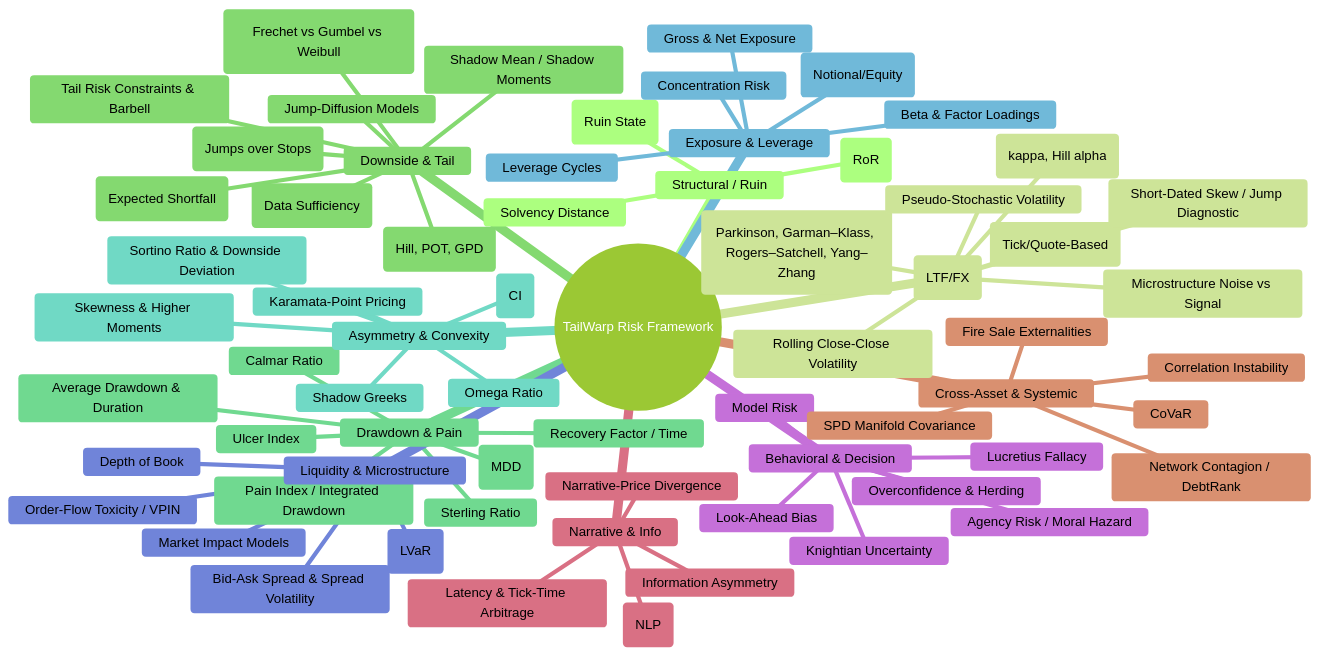
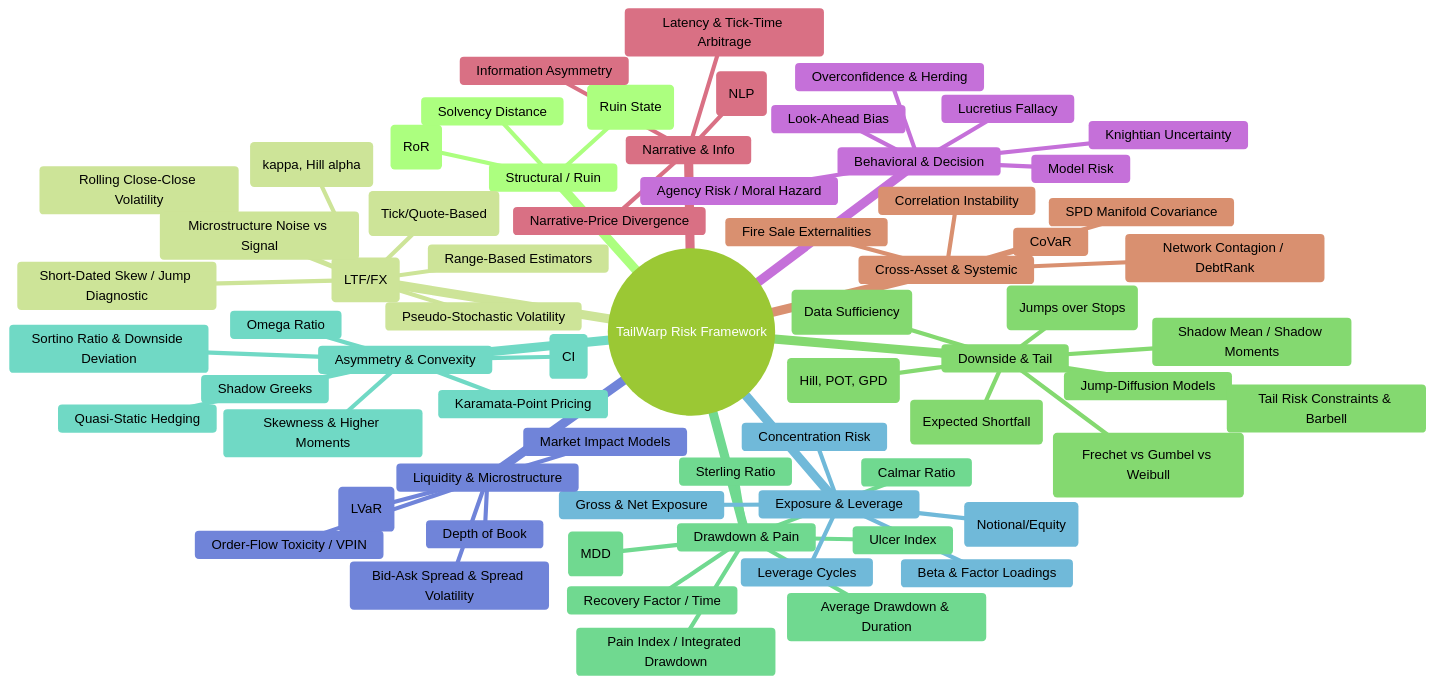
Before and after one commit to artaasd95/TailWarp: the diagram in docs/risk-metrics/risk-categories.md, drawn with Mermaid (forest theme).

Commit message:
docs: refine the mermaid of the mind map of the risks

````diff
--- a/docs/risk-metrics/risk-categories.md
+++ b/docs/risk-metrics/risk-categories.md
@@ -363,70 +363,71 @@
 ```mermaid
 mindmap
   root((TailWarp Risk Framework))
     Structural / Ruin
       Risk of Ruin (RoR)
       Absorbing Barriers (Ruin State)
       Solvency Distance
     Volatility & Noise (LTF/FX)
       Rolling Close-Close Volatility
-      Range-Based Estimators (Parkinson, Garman–Klass, Rogers–Satchell, Yang–Zhang)
+      Range-Based Estimators
       Realized Volatility (Tick/Quote-Based)
       Regime Detection (kappa, Hill alpha)
       Microstructure Noise vs Signal
       Pseudo-Stochastic Volatility
       Short-Dated Skew / Jump Diagnostic
     Downside & Tail
       VaR and CVaR (Expected Shortfall)
       MDA Diagnosis (Frechet vs Gumbel vs Weibull)
       Tail Index alpha (Hill, POT, GPD)
       kappa Metric (Data Sufficiency)
       Shadow Mean / Shadow Moments
       Gap Risk (Jumps over Stops)
       Jump-Diffusion Models
       Tail Risk Constraints & Barbell
     Drawdown & Pain
       Maximum Drawdown (MDD)
       Average Drawdown & Duration
       Ulcer Index
       Calmar Ratio
       Sterling Ratio
       Pain Index / Integrated Drawdown
       Recovery Factor / Time
     Asymmetry & Convexity
       Convexity Index (CI)
       Sortino Ratio & Downside Deviation
       Omega Ratio
       Skewness & Higher Moments
       Karamata-Point Pricing
       Shadow Greeks
+      Quasi-Static Hedging
     Exposure & Leverage
       Gross & Net Exposure
       Leverage Ratio (Notional/Equity)
       Beta & Factor Loadings
       Concentration Risk
       Leverage Cycles
     Liquidity & Microstructure
       Bid-Ask Spread & Spread Volatility
       Order-Flow Toxicity / VPIN
       Market Impact Models
       Depth of Book
       Liquidity-Adjusted VaR (LVaR)
     Behavioral & Decision
       Model Risk
       Agency Risk / Moral Hazard
       Lucretius Fallacy
       Knightian Uncertainty
       Look-Ahead Bias
       Overconfidence & Herding
     Narrative & Info
       Information Asymmetry
       Latency & Tick-Time Arbitrage
       Sentiment Analysis (NLP)
       Narrative-Price Divergence
     Cross-Asset & Systemic
       Correlation Instability
       Network Contagion / DebtRank
       CoVaR
       Fire Sale Externalities
       SPD Manifold Covariance
 ```
````
